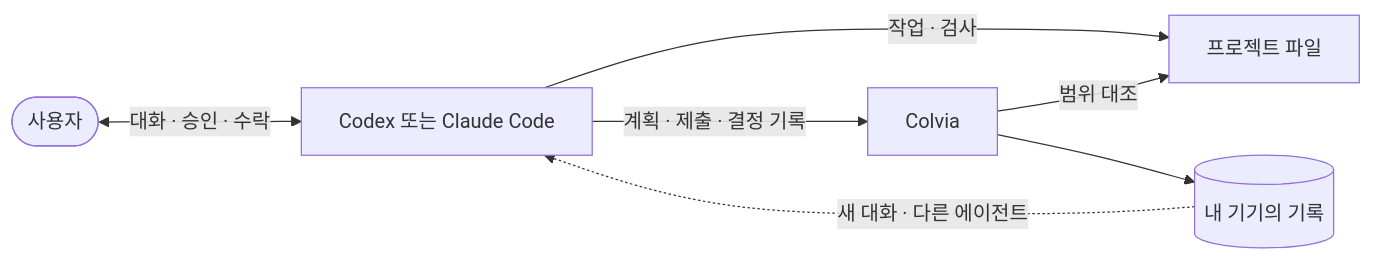
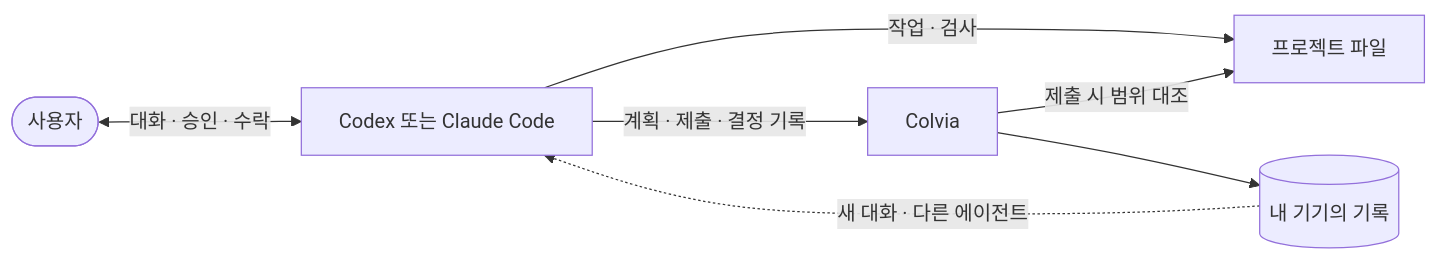
One commit to kyungseo/colvia changed the first of 2 diagrams in manual/ko/overview.md. Above: the diagram before and after it, drawn with Mermaid. The commit also changed other lines of this file and 3 other files, not shown here.

````diff
--- a/manual/ko/overview.md
+++ b/manual/ko/overview.md
@@ -19,9 +19,9 @@
 ```mermaid
 flowchart LR
     U(["사용자"]) <-->|대화 · 승인 · 수락| A["Codex 또는 Claude Code"]
     A -->|작업 · 검사| F["프로젝트 파일"]
     A -->|계획 · 제출 · 결정 기록| C["Colvia"]
-    C -->|범위 대조| F
+    C -->|제출 시 범위 대조| F
     C --> R[("내 기기의 기록")]
     R -.->|새 대화 · 다른 에이전트| A
 ```
````
